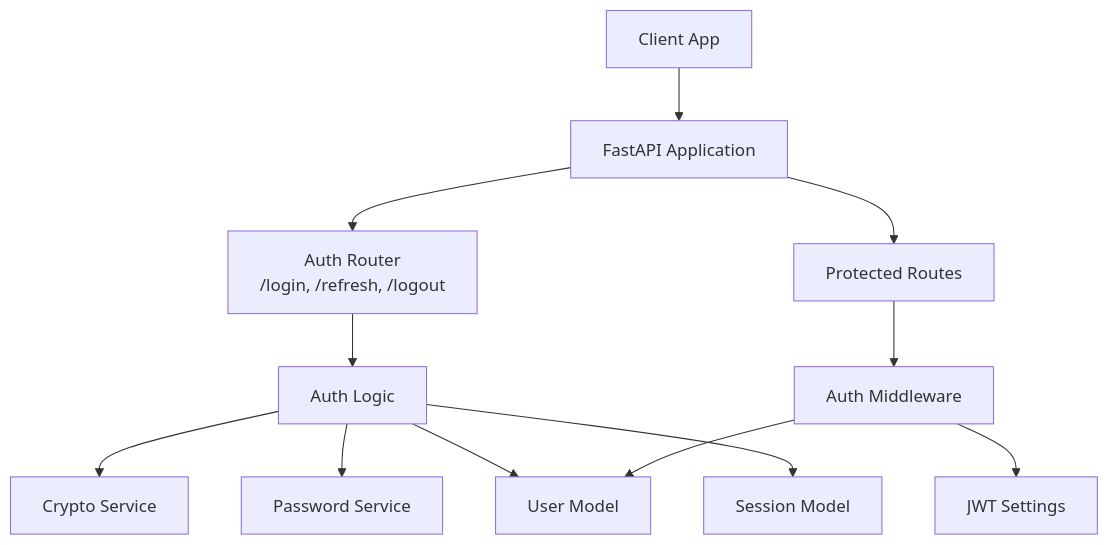
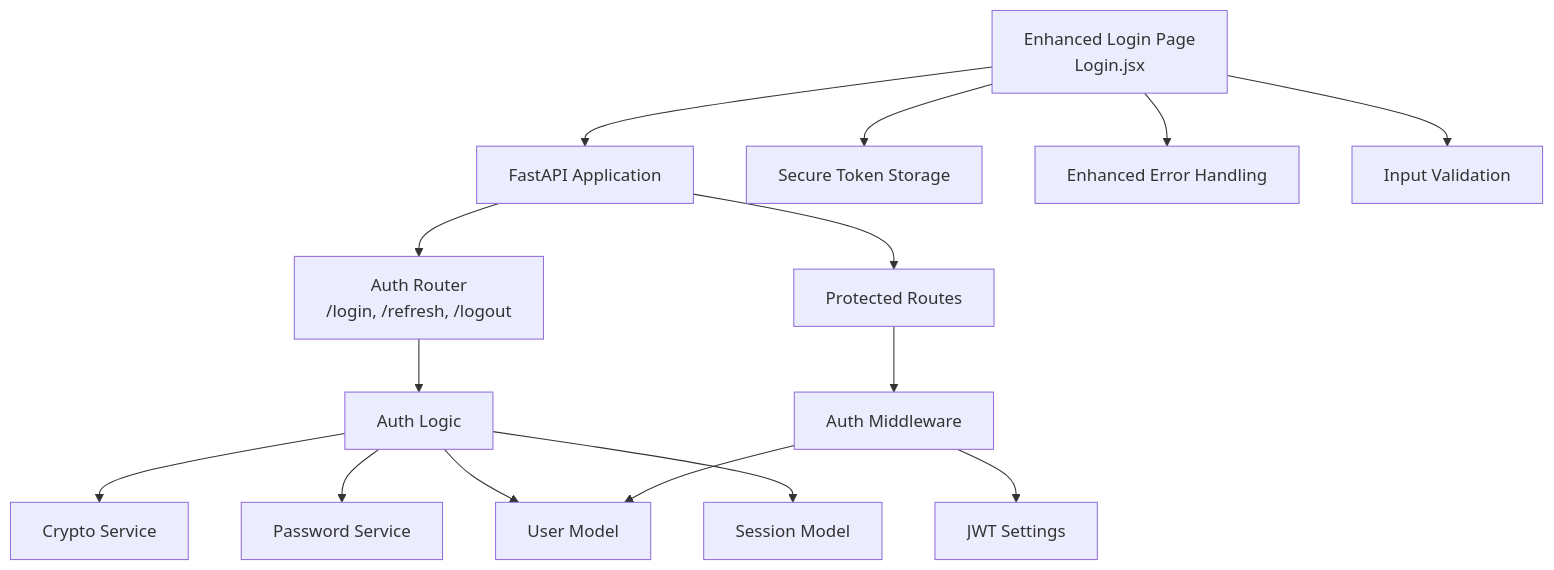
The first of 5 diagrams in .qoder/repowiki/en/content/System Architecture/Backend Architecture/Authentication & Authorization System/Authentication Flow & Token Management.md (14Lucifer/hackathon_ecs_creator), drawn with Mermaid before and after one commit. The commit also changed other lines of this file and 120 other files, not shown here.

````diff
--- a/.qoder/repowiki/en/content/System Architecture/Backend Architecture/Authentication & Authorization System/Authentication Flow & Token Management.md
+++ b/.qoder/repowiki/en/content/System Architecture/Backend Architecture/Authentication & Authorization System/Authentication Flow & Token Management.md
@@ -39,14 +49,17 @@
 ```mermaid
 graph TB
-Client["Client App"] --> API["FastAPI Application"]
+Client["Enhanced Login Page<br/>Login.jsx"] --> API["FastAPI Application"]
 API --> AuthRouter["Auth Router<br/>/login, /refresh, /logout"]
 API --> ProtectedRoutes["Protected Routes"]
 AuthRouter --> AuthService["Auth Logic"]
 AuthService --> CryptoService["Crypto Service"]
 AuthService --> PasswordService["Password Service"]
 AuthService --> UserModel["User Model"]
 AuthService --> SessionModel["Session Model"]
 ProtectedRoutes --> AuthMiddleware["Auth Middleware"]
 AuthMiddleware --> UserModel
 AuthMiddleware --> Config["JWT Settings"]
+Client --> TokenStorage["Secure Token Storage"]
+Client --> ErrorHandling["Enhanced Error Handling"]
+Client --> InputValidation["Input Validation"]
 ```
````
